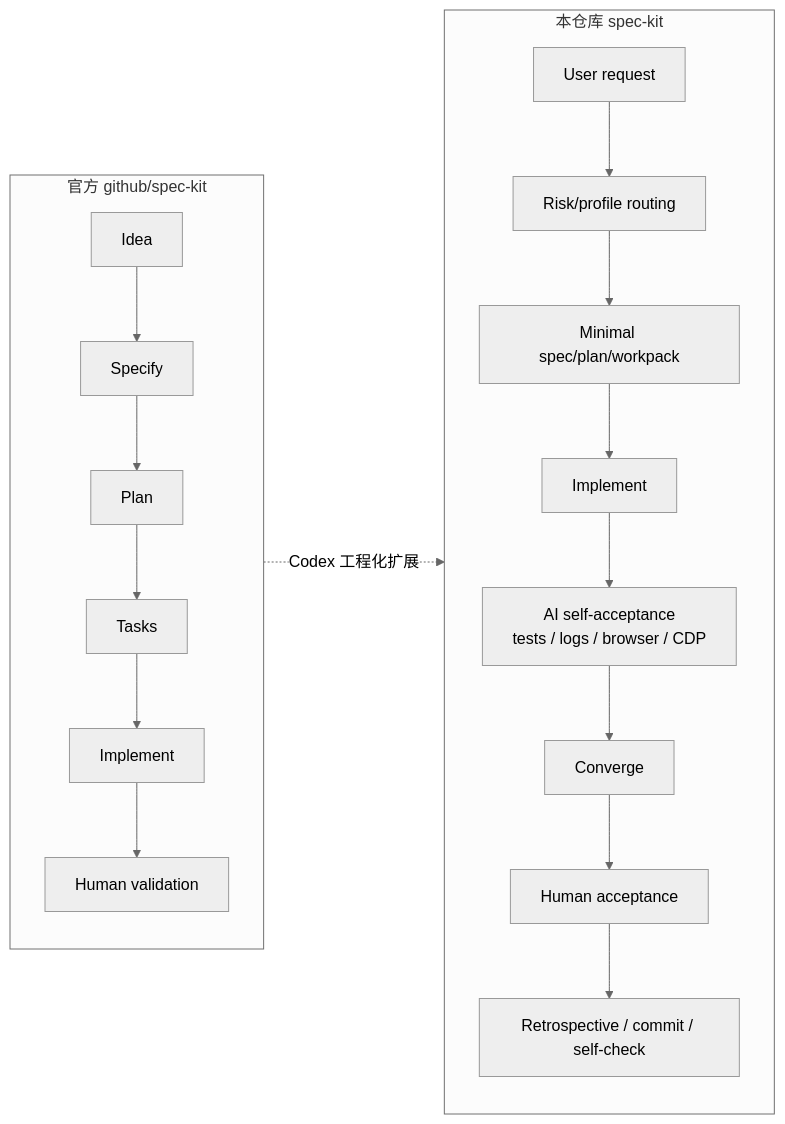
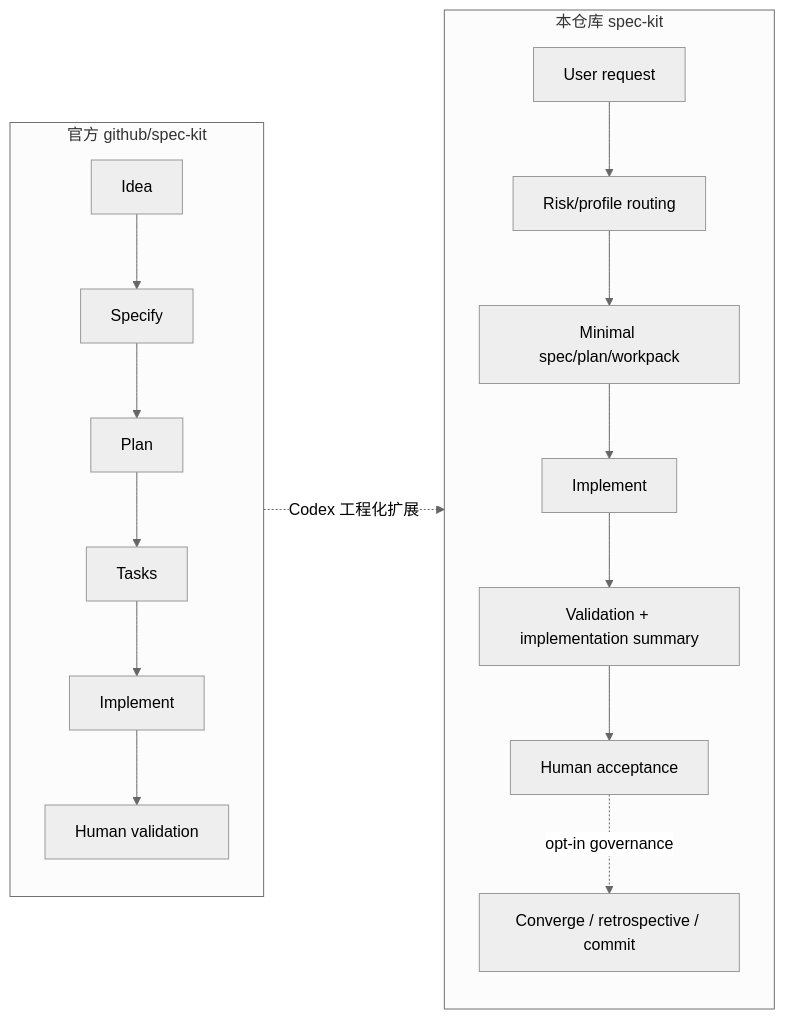
The diagram in README.md (liuminxin45/spec-kit), drawn with Mermaid (neutral theme) before and after one commit. The commit also changed other lines of this file and 36 other files, not shown here.

````diff
--- a/README.md
+++ b/README.md
@@ -44,24 +44,23 @@
 ```mermaid
 flowchart LR
     subgraph Official["官方 github/spec-kit"]
       direction TB
       O1["Idea"] --> O2["Specify"]
       O2 --> O3["Plan"]
       O3 --> O4["Tasks"]
       O4 --> O5["Implement"]
       O5 --> O6["Human validation"]
     end
 
     subgraph ThisRepo["本仓库 spec-kit"]
       direction TB
       T1["User request"] --> T2["Risk/profile routing"]
       T2 --> T3["Minimal spec/plan/workpack"]
       T3 --> T4["Implement"]
-      T4 --> T5["AI self-acceptance<br/>tests / logs / browser / CDP"]
-      T5 --> T6["Converge"]
-      T6 --> T7["Human acceptance"]
-      T7 --> T8["Retrospective / commit / self-check"]
+      T4 --> T5["Validation + implementation summary"]
+      T5 --> T6["Human acceptance"]
+      T6 -. "opt-in governance" .-> T7["Converge / retrospective / commit"]
     end
 
     O6 -. "Codex 工程化扩展" .-> T1
 ```
````
